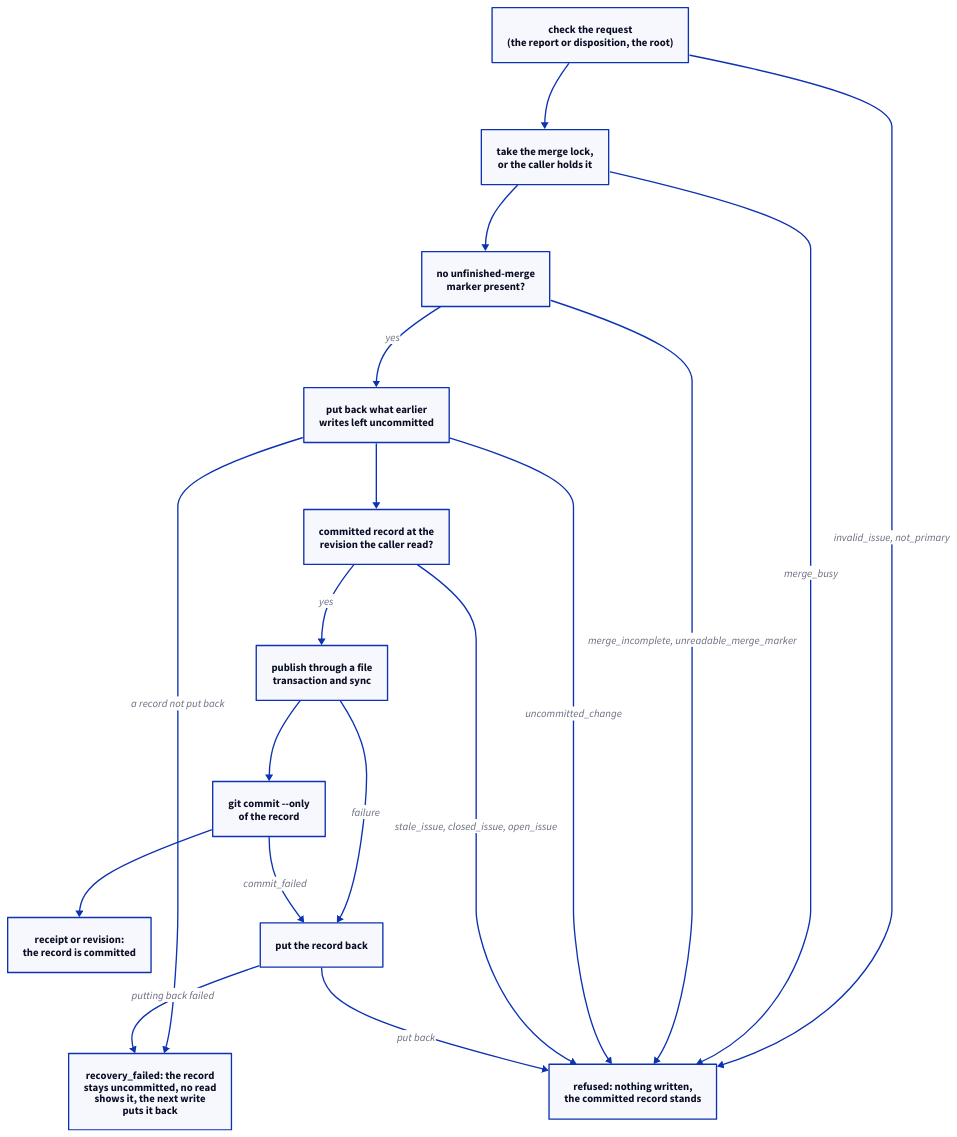
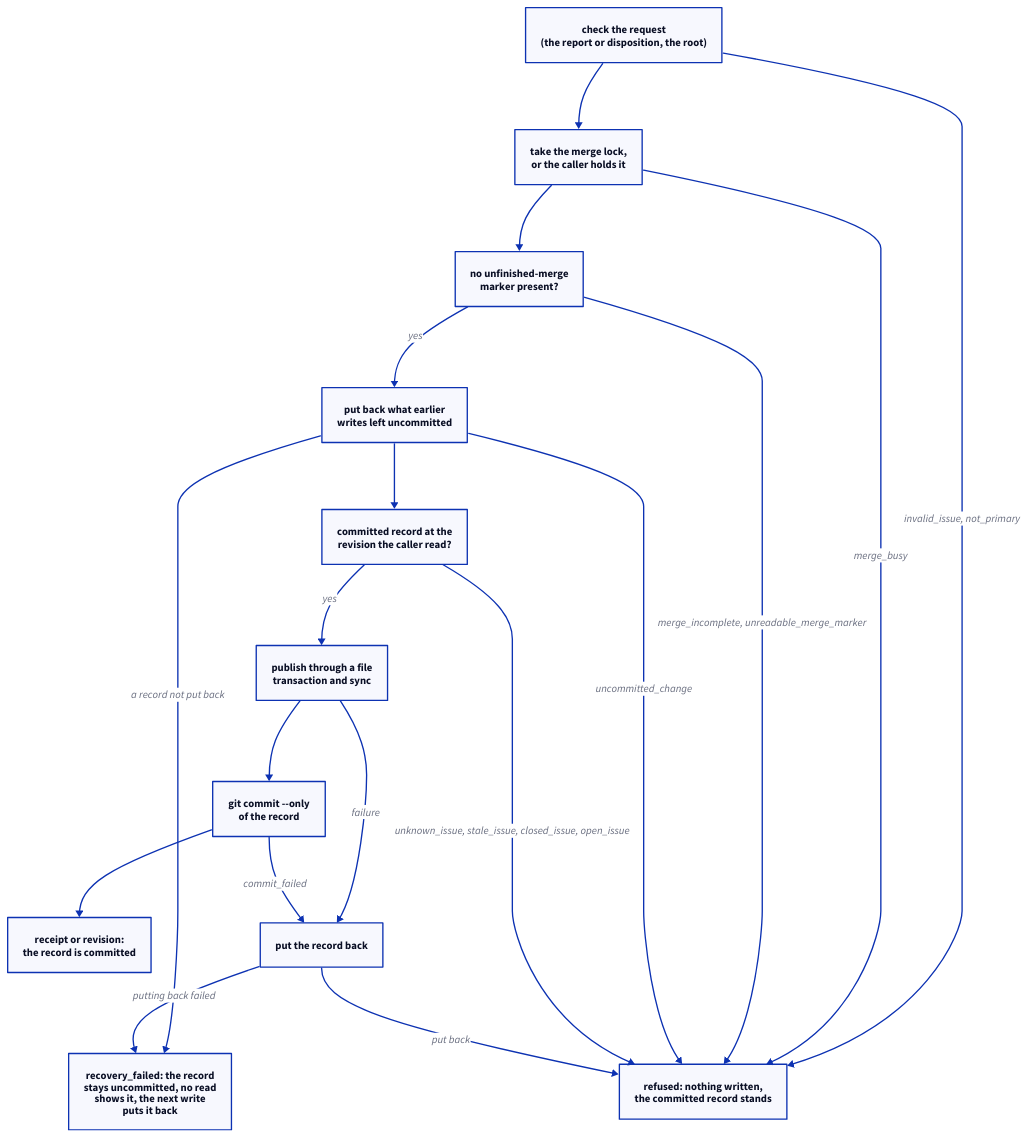
Before and after one commit to FTOD/concorde: the sixth of 6 diagrams in specs/concorde/issues/module.md, drawn with D2. The commit also changed other lines of this file and 10 other files, not shown here.

````diff
--- a/specs/concorde/issues/module.md
+++ b/specs/concorde/issues/module.md
@@ -841,31 +877,31 @@
 ```d2 illustrative
 direction: down
 check: "check the request\n(the report or disposition, the root)"
 lock: "take the merge lock,\nor the caller holds it"
 merge: "no unfinished-merge\nmarker present?"
 recover: "put back what earlier\nwrites left uncommitted"
 revision: "committed record at the\nrevision the caller read?"
 publish: "publish through a file\ntransaction and sync"
 commit: "git commit --only\nof the record"
 done: "receipt or revision:\nthe record is committed"
 putback: "put the record back"
 refused: "refused: nothing written,\nthe committed record stands"
 failed: "recovery_failed: the record\nstays uncommitted, no read\nshows it, the next write\nputs it back"
 check -> lock
 lock -> merge
 merge -> recover: yes
 recover -> revision
 revision -> publish: yes
 publish -> commit
 commit -> done
 check -> refused: invalid_issue, not_primary
 lock -> refused: merge_busy
 merge -> refused: merge_incomplete, unreadable_merge_marker
 recover -> refused: uncommitted_change
 recover -> failed: a record not put back
-revision -> refused: stale_issue, closed_issue, open_issue
+revision -> refused: unknown_issue, stale_issue, closed_issue, open_issue
 publish -> putback: failure
 commit -> putback: commit_failed
 putback -> refused: put back
 putback -> failed: putting back failed
 ```
````
